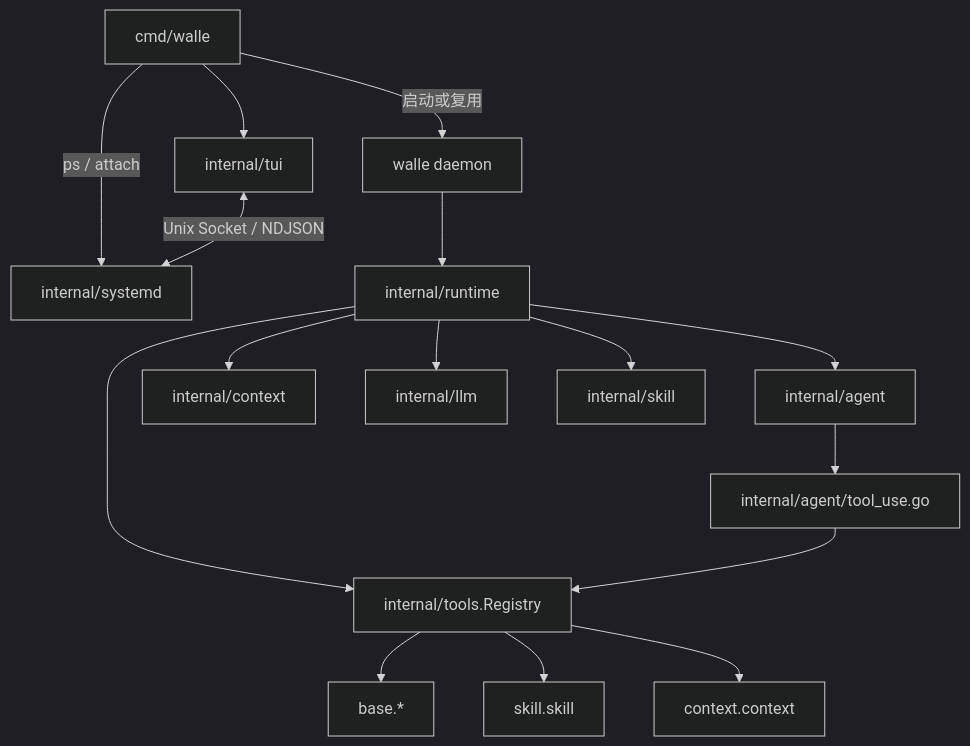
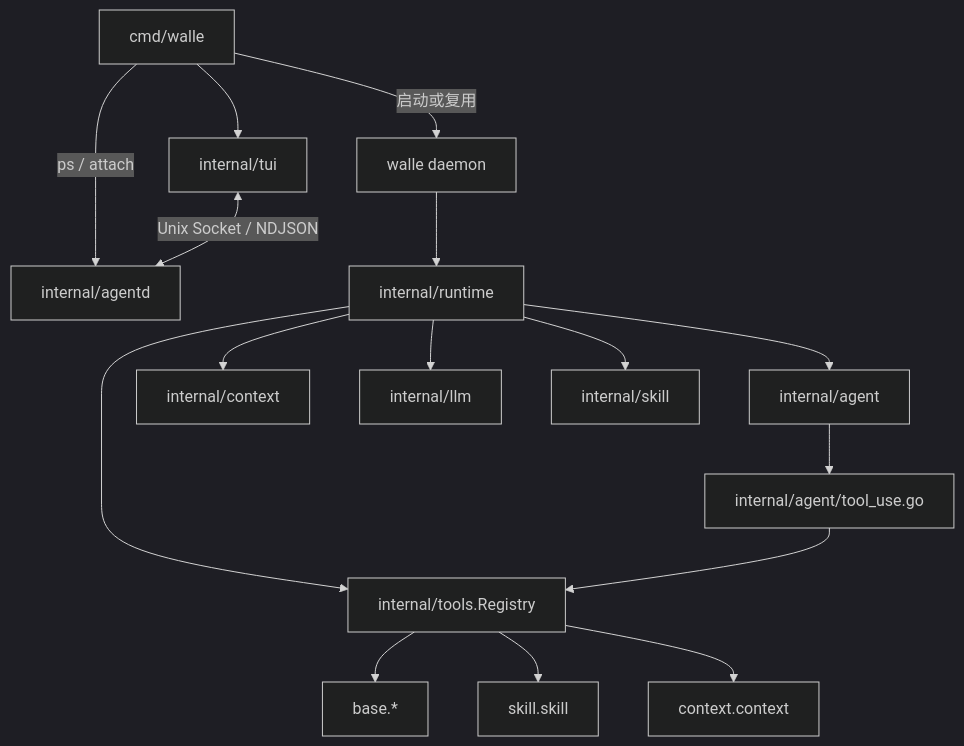
One commit to Ozqi/5hAgent changed the diagram in doc/0README.md. Above: the diagram before and after it, drawn with Mermaid (dark theme). The commit also changed other lines of this file and 43 other files, not shown here.

````diff
--- a/doc/0README.md
+++ b/doc/0README.md
@@ -24,18 +24,18 @@
 ```mermaid
 flowchart TB
   main[cmd/walle] -->|启动或复用| daemon[walle daemon]
-  main -->|ps / attach| systemd[internal/systemd]
+  main -->|ps / attach| agentd[internal/agentd]
   main --> tui[internal/tui]
-  tui <-->|Unix Socket / NDJSON| systemd
+  tui <-->|Unix Socket / NDJSON| agentd
   daemon --> rt[internal/runtime]
   rt --> ag[internal/agent]
   rt --> ctx[internal/context]
   rt --> reg[internal/tools.Registry]
   rt --> llm[internal/llm]
   rt --> skill[internal/skill]
   ag --> tooluse[internal/agent/tool_use.go]
   tooluse --> reg
   reg --> base[base.*]
   reg --> skilltool[skill.skill]
   reg --> ctxtool[context.context]
 ```
````
